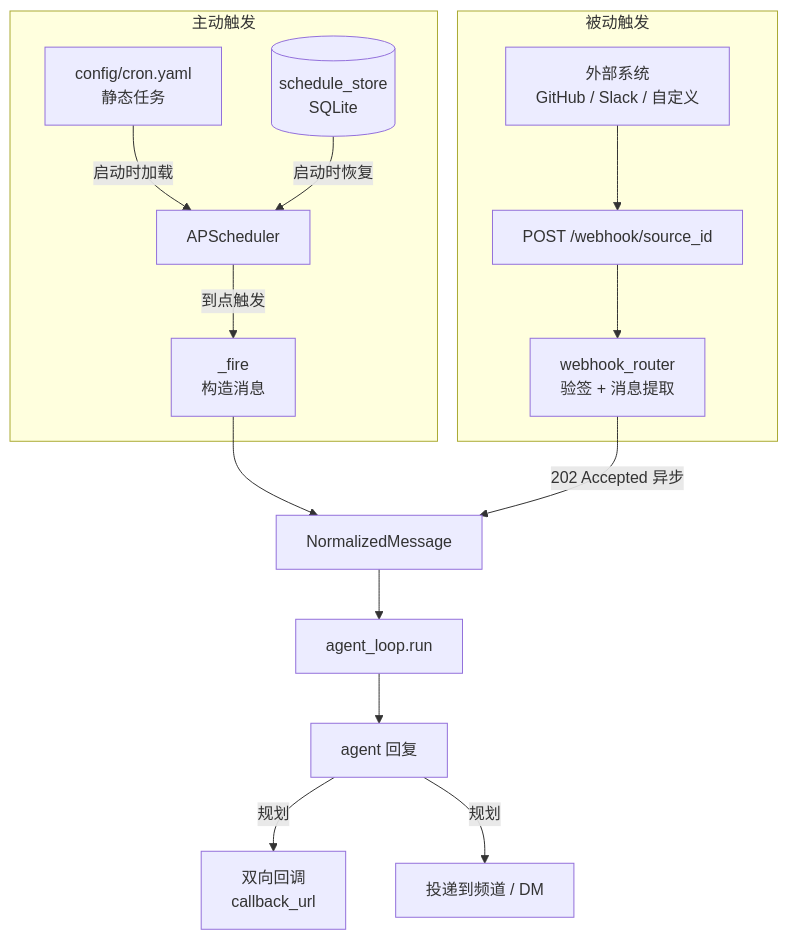
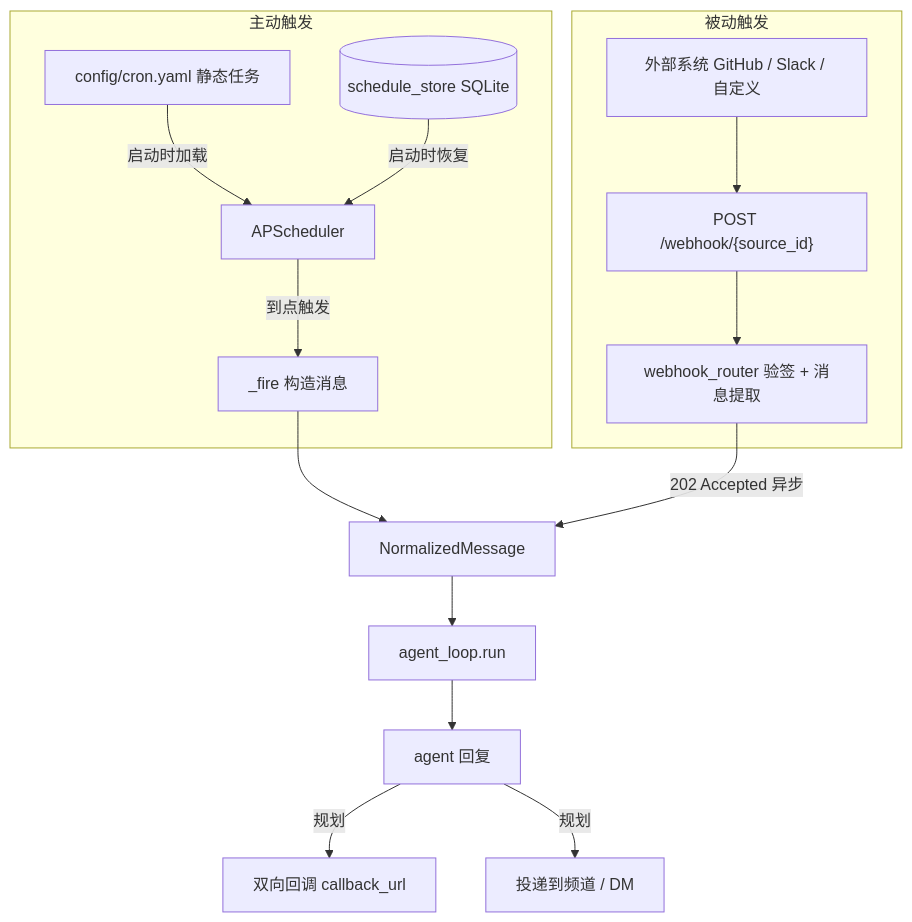
The first of 3 diagrams in docs/capabilities/scheduling.md (Summy2104/fleetent), drawn with Mermaid before and after one commit. The commit also changed other lines of this file and 1 other file, not shown here.

Commit message:
docs: fix mermaid syntax errors in architecture diagrams

````diff
--- a/docs/capabilities/scheduling.md
+++ b/docs/capabilities/scheduling.md
@@ -19,26 +19,26 @@
 ```mermaid
 flowchart TD
     subgraph 主动触发
-        CY[config/cron.yaml\n静态任务]
-        DB[(schedule_store\nSQLite)]
+        CY["config/cron.yaml 静态任务"]
+        DB[("schedule_store SQLite")]
         AP[APScheduler]
         CY -->|启动时加载| AP
         DB -->|启动时恢复| AP
-        AP -->|到点触发| FIRE[_fire\n构造消息]
+        AP -->|到点触发| FIRE["_fire 构造消息"]
     end
 
     subgraph 被动触发
-        EXT[外部系统\nGitHub / Slack / 自定义]
-        WH[POST /webhook/source_id]
-        WR[webhook_router\n验签 + 消息提取]
+        EXT["外部系统 GitHub / Slack / 自定义"]
+        WH["POST /webhook/{source_id}"]
+        WR["webhook_router 验签 + 消息提取"]
         EXT --> WH --> WR
     end
 
     FIRE --> NM[NormalizedMessage]
     WR -->|202 Accepted 异步| NM
 
-    NM --> AL[agent_loop.run]
+    NM --> AL["agent_loop.run"]
     AL --> REPLY[agent 回复]
-    REPLY -->|规划| CB[双向回调\ncallback_url]
-    REPLY -->|规划| CH[投递到频道 / DM]
+    REPLY -->|规划| CB["双向回调 callback_url"]
+    REPLY -->|规划| CH["投递到频道 / DM"]
 ```
````
